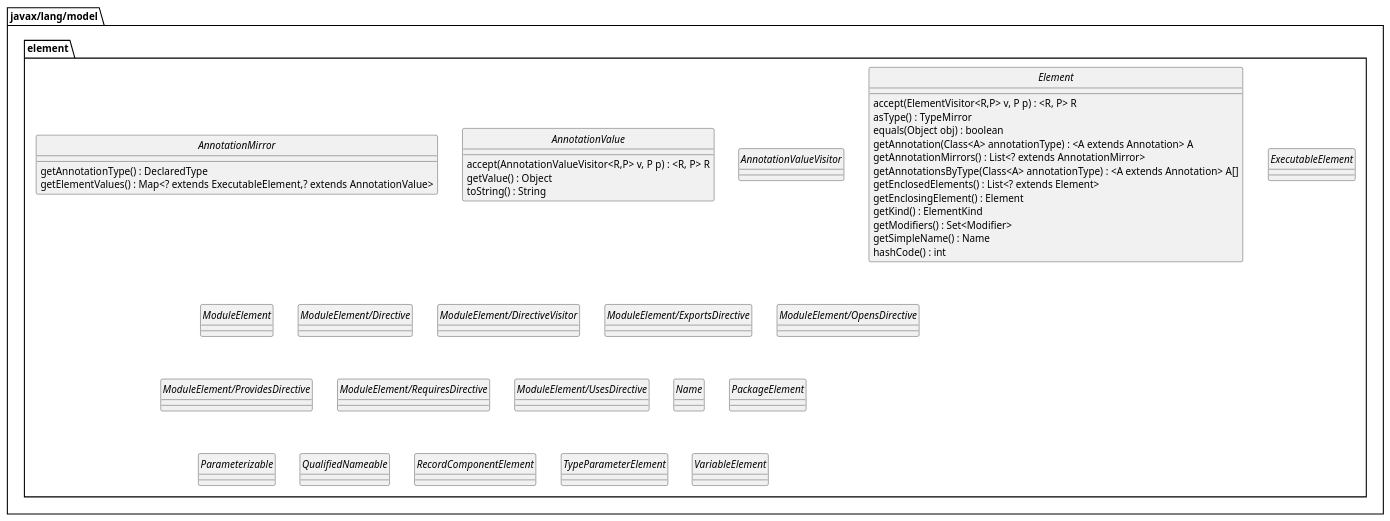
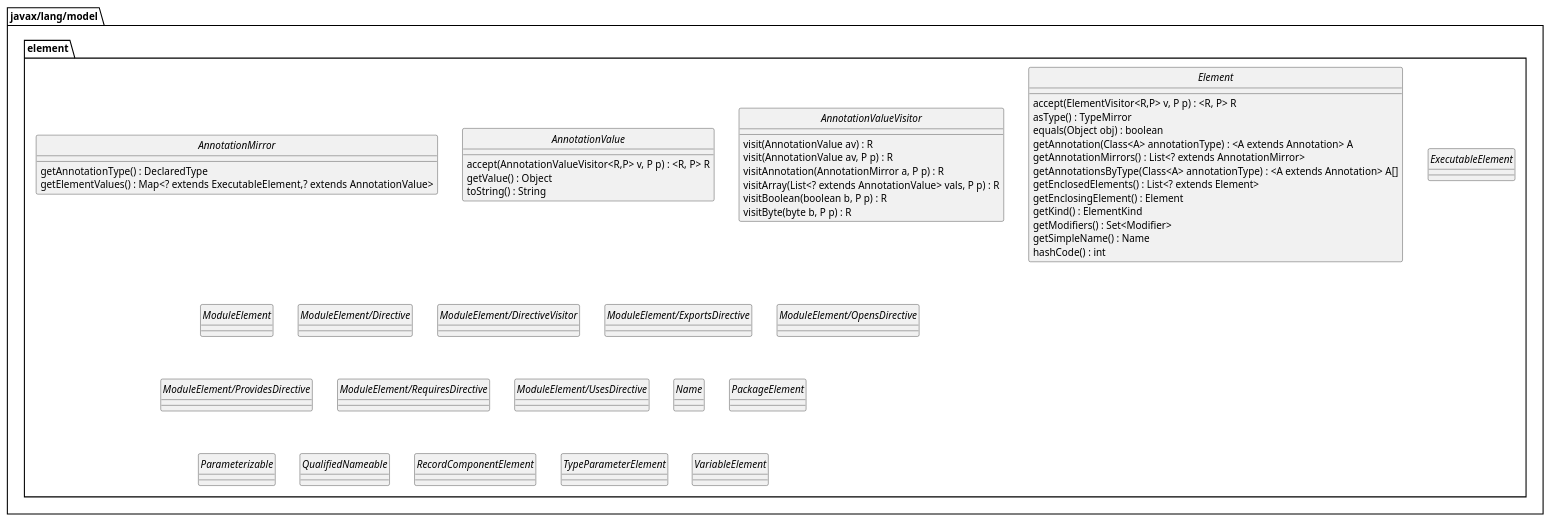
Before and after one commit to Lykomonix/API-JAVAtoPUML: the diagram in uml/DCC javax.lang.model.element.puml, drawn with PlantUML. The commit also changed 2 other files, not shown here.

```diff
--- a/uml/DCC javax.lang.model.element.puml
+++ b/uml/DCC javax.lang.model.element.puml
@@ -1,60 +1,65 @@
 @startuml
 'https://plantuml.com/sequence-diagram
 skinparam style Strictuml
 
 
 package javax/lang/model.element
 {
 
     interface AnnotationMirror
     {
     getAnnotationType() : DeclaredType
     getElementValues() : Map<? extends ExecutableElement,? extends AnnotationValue>
     }
     interface AnnotationValue
     {
     accept(AnnotationValueVisitor<R,P> v, P p) : <R, P> R
     getValue() : Object
     toString() : String
     }
     interface AnnotationValueVisitor
     {
-
+    visit(AnnotationValue av) : R
+    visit(AnnotationValue av, P p) : R
+    visitAnnotation(AnnotationMirror a, P p) : R
+    visitArray(List<? extends AnnotationValue> vals, P p) : R
+    visitBoolean(boolean b, P p) : R
+    visitByte(byte b, P p) : R
     }
     interface Element
     {
         accept(ElementVisitor<R,P> v, P p) : <R, P> R
         asType() : TypeMirror
         equals(Object obj) : boolean
         getAnnotation(Class<A> annotationType) : <A extends Annotation> A
         getAnnotationMirrors() : List<? extends AnnotationMirror>
         getAnnotationsByType(Class<A> annotationType) : <A extends Annotation> A[]
         getEnclosedElements() : List<? extends Element>
         getEnclosingElement() : Element
         getKind() : ElementKind
         getModifiers() : Set<Modifier>
         getSimpleName() : Name
         hashCode() : int
     }
     interface ExecutableElement
     interface ModuleElement
     interface ModuleElement/Directive
     interface ModuleElement/DirectiveVisitor
     interface ModuleElement/ExportsDirective
     interface ModuleElement/OpensDirective
     interface ModuleElement/ProvidesDirective
     interface ModuleElement/RequiresDirective
     interface ModuleElement/UsesDirective
     interface Name
     interface PackageElement
     interface Parameterizable
     interface QualifiedNameable
     interface RecordComponentElement
     interface TypeParameterElement
     interface VariableElement
 }
 
 
 
 
 @enduml
```
